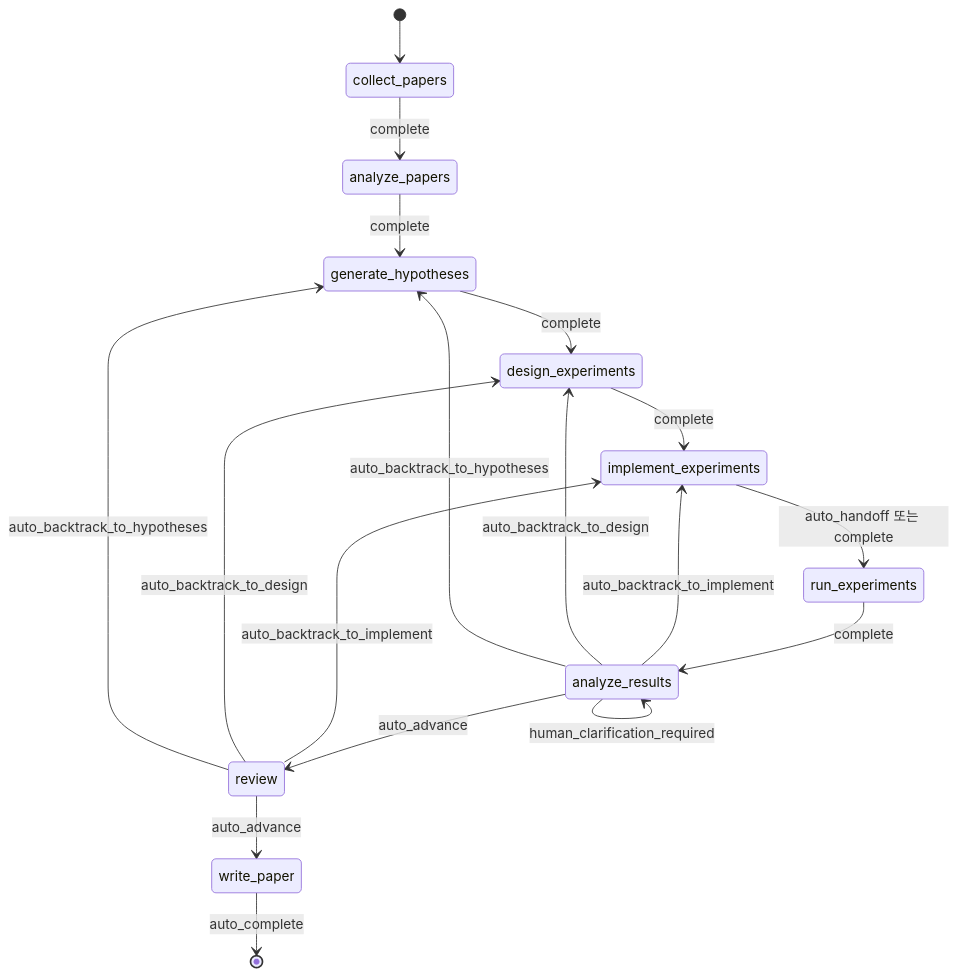
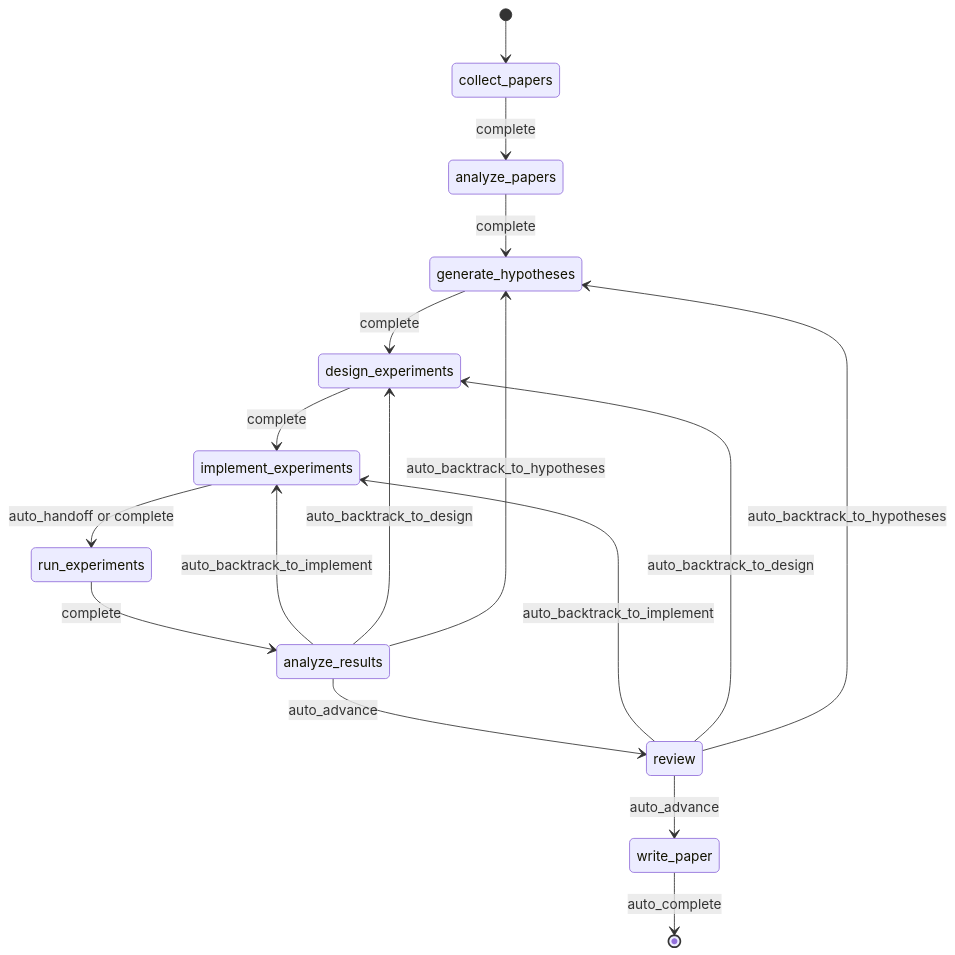
Before and after one commit to lhy0718/AutoResearch: the first of 8 diagrams in README.ko.md, drawn with Mermaid. The commit also changed other lines of this file, not shown here.

````diff
--- a/README.ko.md
+++ b/README.ko.md
@@ -217,20 +149,19 @@
 ```mermaid
 stateDiagram-v2
     [*] --> collect_papers
     collect_papers --> analyze_papers: complete
     analyze_papers --> generate_hypotheses: complete
     generate_hypotheses --> design_experiments: complete
     design_experiments --> implement_experiments: complete
-    implement_experiments --> run_experiments: auto_handoff 또는 complete
+    implement_experiments --> run_experiments: auto_handoff or complete
     run_experiments --> analyze_results: complete
     analyze_results --> review: auto_advance
     analyze_results --> implement_experiments: auto_backtrack_to_implement
     analyze_results --> design_experiments: auto_backtrack_to_design
     analyze_results --> generate_hypotheses: auto_backtrack_to_hypotheses
-    analyze_results --> analyze_results: human_clarification_required
     review --> write_paper: auto_advance
     review --> implement_experiments: auto_backtrack_to_implement
     review --> design_experiments: auto_backtrack_to_design
     review --> generate_hypotheses: auto_backtrack_to_hypotheses
     write_paper --> [*]: auto_complete
 ```
````
